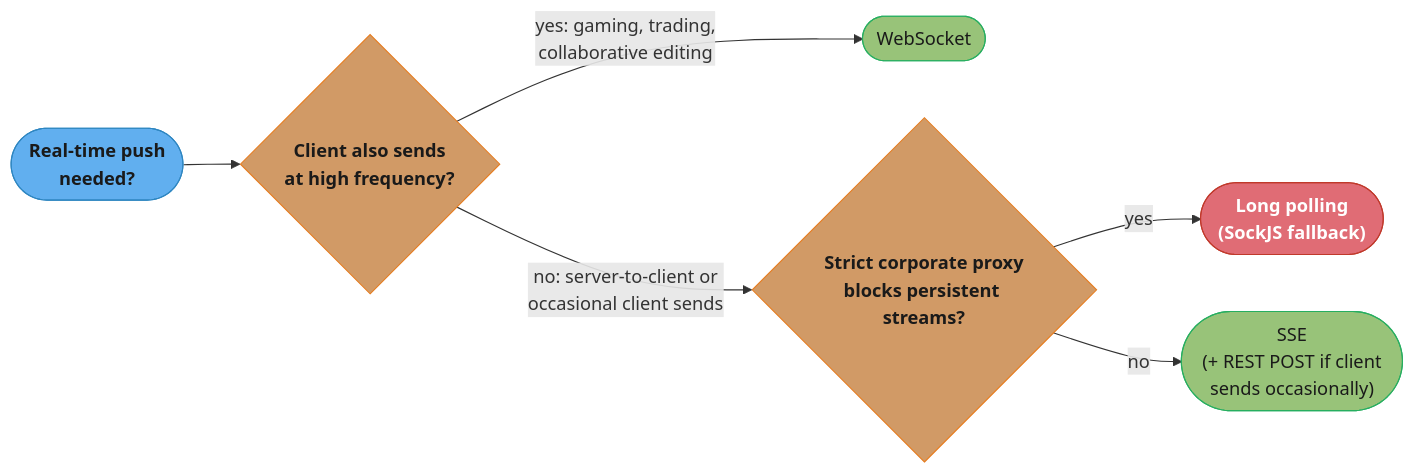
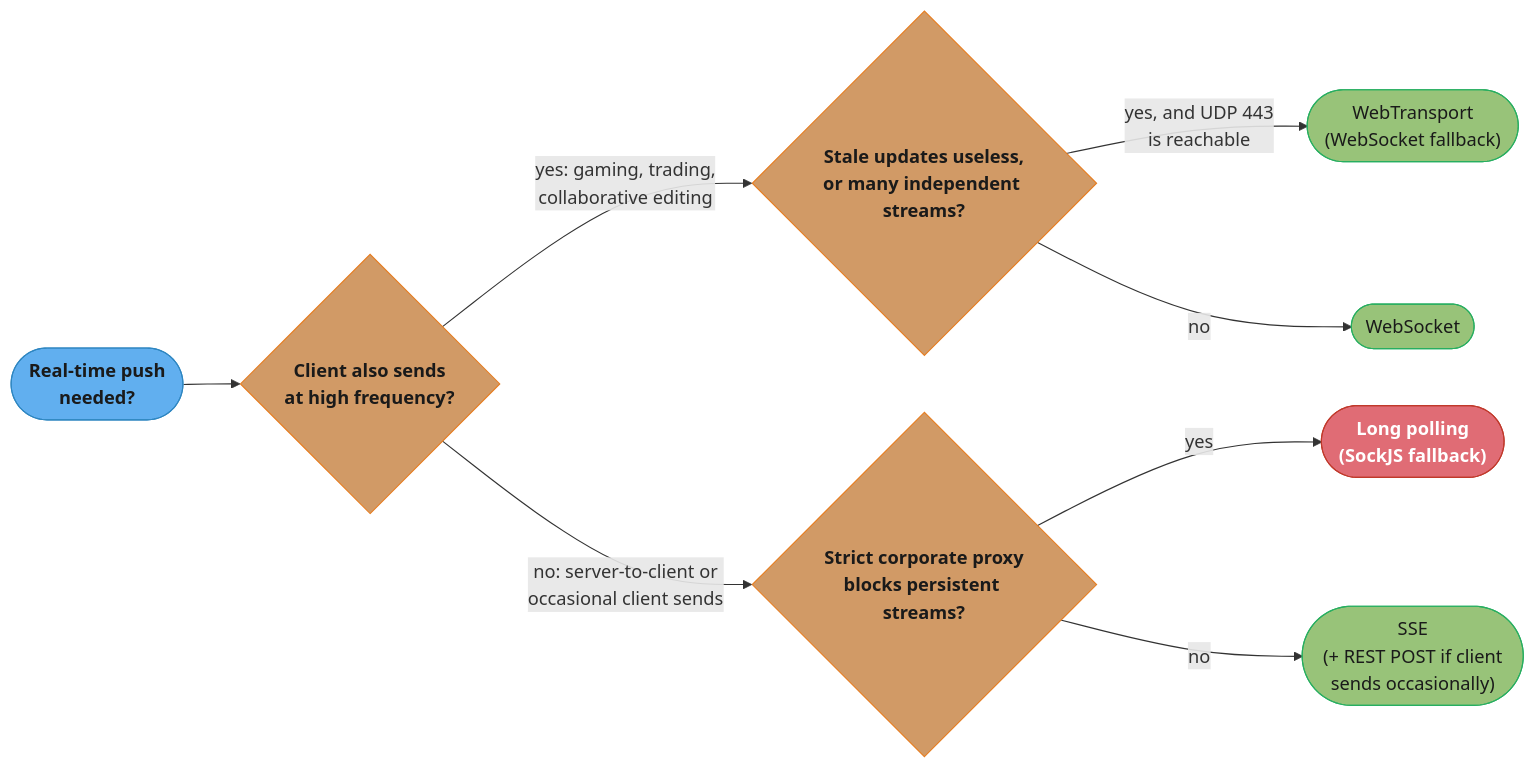
One commit to rppol/system-design changed the sixth of 8 diagrams in src/main/java/com/rutik/systemdesign/backend/websockets_and_sse/websockets_and_sse.md. Above: the diagram before and after it, drawn with Mermaid. The commit also changed other lines of this file and 655 other files, not shown here.

````diff
--- a/src/main/java/com/rutik/systemdesign/backend/websockets_and_sse/websockets_and_sse.md
+++ b/src/main/java/com/rutik/systemdesign/backend/websockets_and_sse/websockets_and_sse.md
@@ -427,23 +503,25 @@
 ```mermaid
 flowchart LR
     classDef io      fill:#61afef,stroke:#2e86c1,color:#1a1a1a,font-weight:bold
     classDef frozen  fill:#c678dd,stroke:#9b59b6,color:#fff
     classDef train   fill:#98c379,stroke:#27ae60,color:#1a1a1a
     classDef mathOp  fill:#d19a66,stroke:#e67e22,color:#1a1a1a,font-weight:bold
     classDef lossN   fill:#e06c75,stroke:#c0392b,color:#fff,font-weight:bold
     classDef req     fill:#56b6c2,stroke:#0097a7,color:#1a1a1a
     classDef base    fill:#e5c07b,stroke:#f39c12,color:#1a1a1a
 
     start(["Real-time push<br/>needed?"]) --> bidir{"Client also sends<br/>at high frequency?"}
 
-    bidir -->|"yes: gaming, trading,<br/>collaborative editing"| ws(["WebSocket"])
+    bidir -->|"yes: gaming, trading,<br/>collaborative editing"| loss{"Stale updates useless,<br/>or many independent streams?"}
+    loss -->|"yes, and UDP 443<br/>is reachable"| wt(["WebTransport<br/>(WebSocket fallback)"])
+    loss -->|"no"| ws(["WebSocket"])
     bidir -->|"no: server-to-client or<br/>occasional client sends"| proxy{"Strict corporate proxy<br/>blocks persistent streams?"}
 
     proxy -->|"yes"| lp(["Long polling<br/>(SockJS fallback)"])
     proxy -->|"no"| sse(["SSE<br/>(+ REST POST if client<br/>sends occasionally)"])
 
     class start io
-    class bidir,proxy mathOp
-    class ws,sse train
+    class bidir,proxy,loss mathOp
+    class ws,sse,wt train
     class lp lossN
 ```
````
